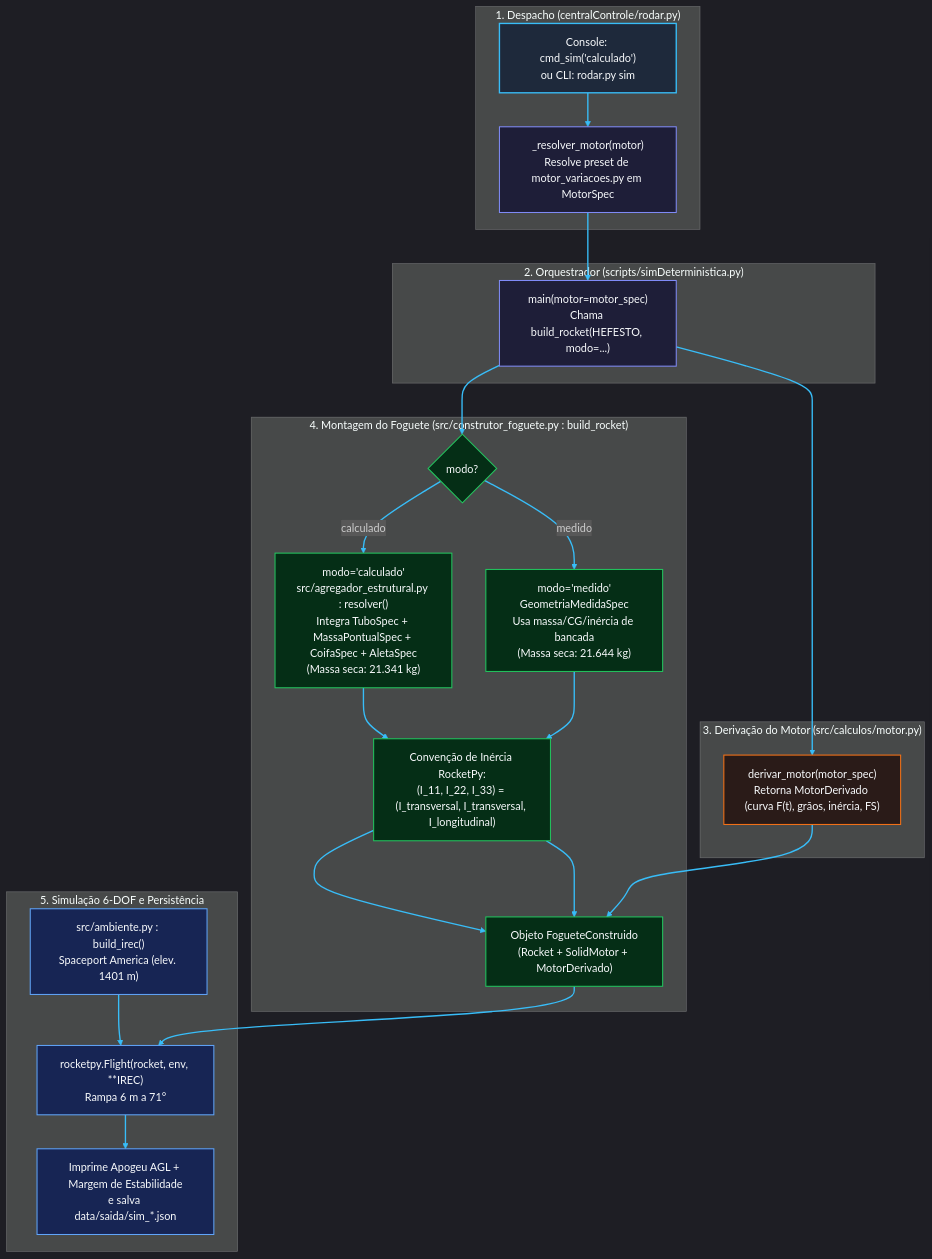
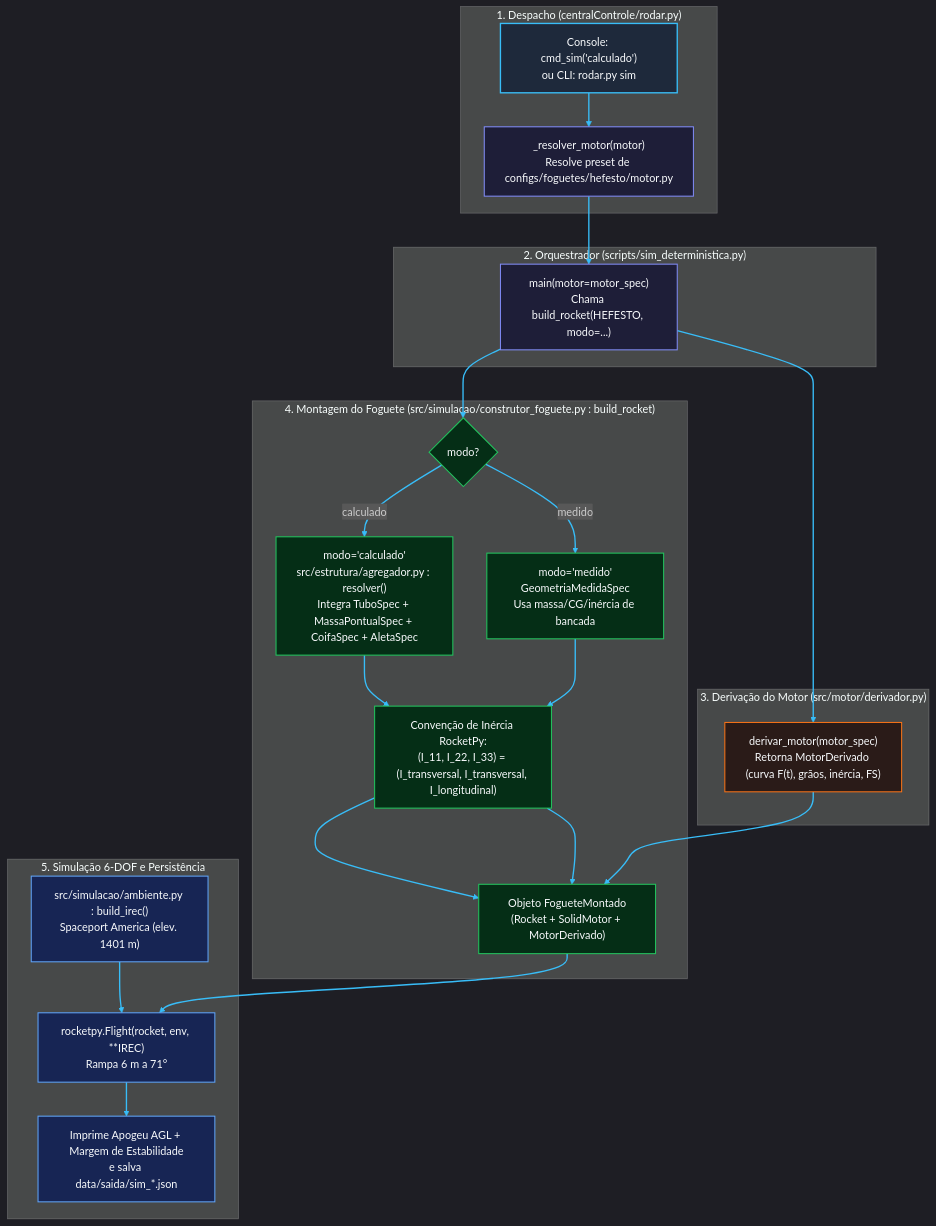
The diagram in docs/arquitetura/c3-execucao-voo.md (Supernova-Sim/Simulator-GUI-Python), drawn with Mermaid before and after one commit. The commit also changed other lines of this file and 130 other files, not shown here.

````diff
--- a/docs/arquitetura/c3-execucao-voo.md
+++ b/docs/arquitetura/c3-execucao-voo.md
@@ -12,53 +12,53 @@
 ```mermaid
 %%{init: {'theme': 'dark', 'themeVariables': { 'lineColor': '#38bdf8' }}}%%
 flowchart TD
     classDef entrada fill:#1e293b,stroke:#38bdf8,stroke-width:2px,color:#f8fafc;
     classDef configs fill:#1e1e38,stroke:#818cf8,stroke-width:1.5px,color:#f8fafc;
     classDef motor fill:#2a1b18,stroke:#f97316,stroke-width:1.5px,color:#f8fafc;
     classDef estrutura fill:#052e16,stroke:#22c55e,stroke-width:1.5px,color:#f8fafc;
     classDef voo fill:#172554,stroke:#60a5fa,stroke-width:1.5px,color:#f8fafc;
 
     subgraph S1["1. Despacho (centralControle/rodar.py)"]
         E1["Console: cmd_sim('calculado')\nou CLI: rodar.py sim"]:::entrada
-        R1["_resolver_motor(motor)\nResolve preset de motor_variacoes.py em MotorSpec"]:::configs
+        R1["_resolver_motor(motor)\nResolve preset de configs/foguetes/hefesto/motor.py"]:::configs
         E1 --> R1
     end
 
-    subgraph S2["2. Orquestrador (scripts/simDeterministica.py)"]
+    subgraph S2["2. Orquestrador (scripts/sim_deterministica.py)"]
         D2["main(motor=motor_spec)\nChama build_rocket(HEFESTO, modo=...)"]:::configs
     end
 
-    subgraph S3["3. Derivação do Motor (src/calculos/motor.py)"]
+    subgraph S3["3. Derivação do Motor (src/motor/derivador.py)"]
         M1["derivar_motor(motor_spec)\nRetorna MotorDerivado (curva F(t), grãos, inércia, FS)"]:::motor
     end
 
-    subgraph S4["4. Montagem do Foguete (src/construtor_foguete.py : build_rocket)"]
+    subgraph S4["4. Montagem do Foguete (src/simulacao/construtor_foguete.py : build_rocket)"]
         MODO{"modo?"}:::estrutura
 
-        CALC["modo='calculado'\nsrc/agregador_estrutural.py : resolver()\nIntegra TuboSpec + MassaPontualSpec + CoifaSpec + AletaSpec\n(Massa seca: 21.341 kg)"]:::estrutura
-        MED["modo='medido'\nGeometriaMedidaSpec\nUsa massa/CG/inércia de bancada\n(Massa seca: 21.644 kg)"]:::estrutura
+        CALC["modo='calculado'\nsrc/estrutura/agregador.py : resolver()\nIntegra TuboSpec + MassaPontualSpec + CoifaSpec + AletaSpec"]:::estrutura
+        MED["modo='medido'\nGeometriaMedidaSpec\nUsa massa/CG/inércia de bancada"]:::estrutura
 
         TENSOR["Convenção de Inércia RocketPy:\n(I_11, I_22, I_33) = (I_transversal, I_transversal, I_longitudinal)"]:::estrutura
-        ROK["Objeto FogueteConstruido\n(Rocket + SolidMotor + MotorDerivado)"]:::estrutura
+        ROK["Objeto FogueteMontado\n(Rocket + SolidMotor + MotorDerivado)"]:::estrutura
 
         MODO -->|"calculado"| CALC --> TENSOR --> ROK
         MODO -->|"medido"| MED --> TENSOR --> ROK
     end
 
     subgraph S5["5. Simulação 6-DOF e Persistência"]
-        ENV["src/ambiente.py : build_irec()\nSpaceport America (elev. 1401 m)"]:::voo
+        ENV["src/simulacao/ambiente.py : build_irec()\nSpaceport America (elev. 1401 m)"]:::voo
         FLIGHT["rocketpy.Flight(rocket, env, **IREC)\nRampa 6 m a 71°"]:::voo
         OUT["Imprime Apogeu AGL + Margem de Estabilidade\ne salva data/saida/sim_*.json"]:::voo
 
         ENV & ROK --> FLIGHT --> OUT
     end
 
     R1 --> D2
     D2 --> M1 & MODO
     M1 --> ROK
     click E1 href "_gerados_c4/centralControle__rodar.c4.md" "Abrir C4 de rodar.py"
-    click M1 href "_gerados_c4/src__calculos__motor.c4.md" "Abrir C4 de motor.py"
-    click CALC href "_gerados_c4/src__modelo.c4.md" "Abrir C4 de modelo.py"
-    click ENV href "_gerados_c4/src__ambiente.c4.md" "Abrir C4 de ambiente.py"
+    click M1 href "_gerados_c4/src__motor__derivador.c4.md" "Abrir C4 de derivador.py"
+    click CALC href "_gerados_c4/src__estrutura__agregador.c4.md" "Abrir C4 de agregador.py"
+    click ENV href "_gerados_c4/src__simulacao__ambiente.c4.md" "Abrir C4 de ambiente.py"
     linkStyle default stroke:#38bdf8,stroke-width:2px;
 ```
````
